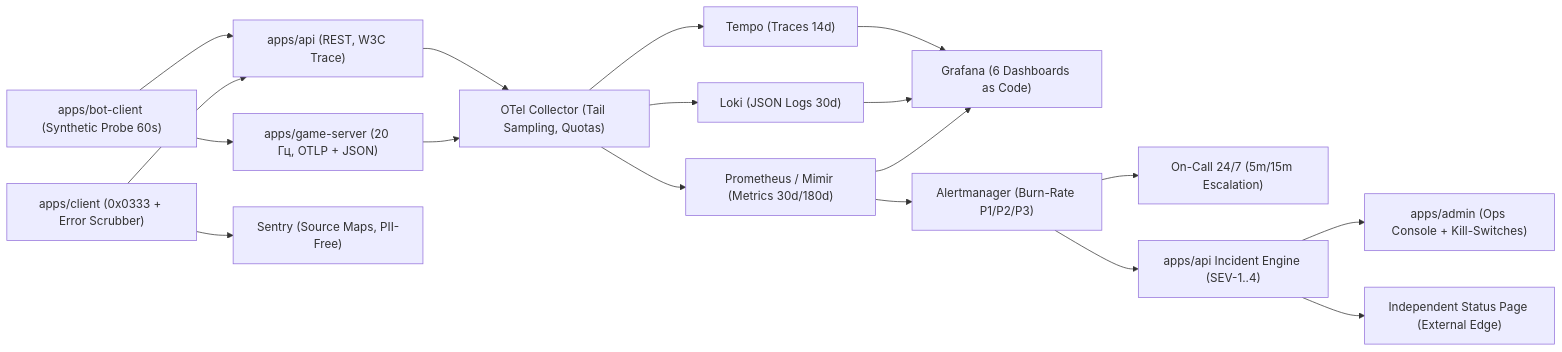
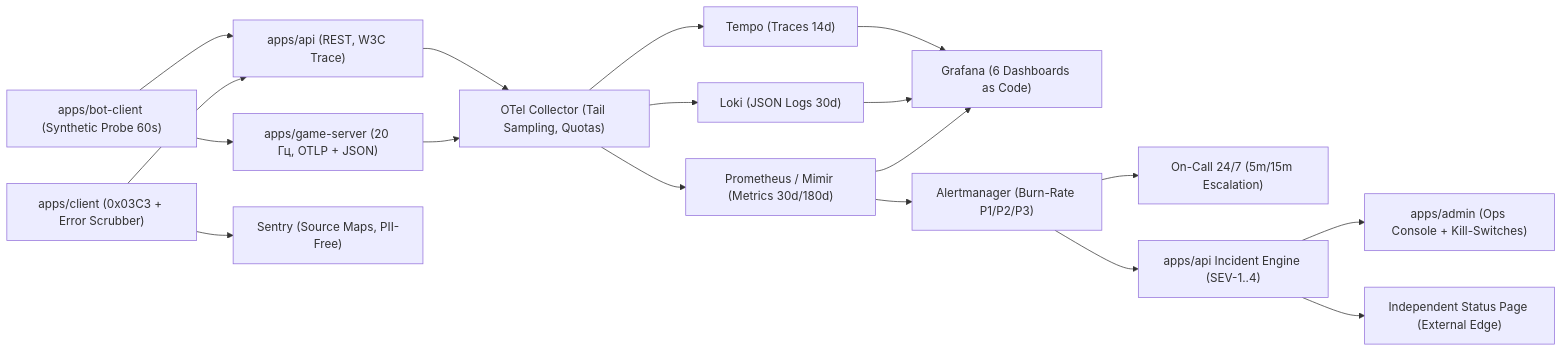
Before and after one commit to SergioAndreev/uo3: the first of 3 diagrams in openspec/changes/p33-observability-and-operations/design.md, drawn with Mermaid. The commit also changed other lines of this file and 188 other files, not shown here.

````diff
--- a/openspec/changes/p33-observability-and-operations/design.md
+++ b/openspec/changes/p33-observability-and-operations/design.md
@@ -177,20 +177,20 @@
 ```mermaid
 flowchart LR
   GS["apps/game-server (20 Гц, OTLP + JSON)"] --> OC["OTel Collector (Tail Sampling, Quotas)"]
   API["apps/api (REST, W3C Trace)"] --> OC
-  CL["apps/client (0x0333 + Error Scrubber)"] --> API
+  CL["apps/client (0x03C3 + Error Scrubber)"] --> API
   CL --> SEN["Sentry (Source Maps, PII-Free)"]
   BOT["apps/bot-client (Synthetic Probe 60s)"] --> API
   BOT --> GS
   OC --> PROM["Prometheus / Mimir (Metrics 30d/180d)"]
   OC --> LOKI["Loki (JSON Logs 30d)"]
   OC --> TEMPO["Tempo (Traces 14d)"]
   PROM --> GRAF["Grafana (6 Dashboards as Code)"]
   LOKI --> GRAF
   TEMPO --> GRAF
   PROM --> AM["Alertmanager (Burn-Rate P1/P2/P3)"]
   AM --> ONCALL["On-Call 24/7 (5m/15m Escalation)"]
   AM --> INC["apps/api Incident Engine (SEV-1..4)"]
   INC --> ADM["apps/admin (Ops Console + Kill-Switches)"]
   INC --> STAT["Independent Status Page (External Edge)"]
 ```
````
